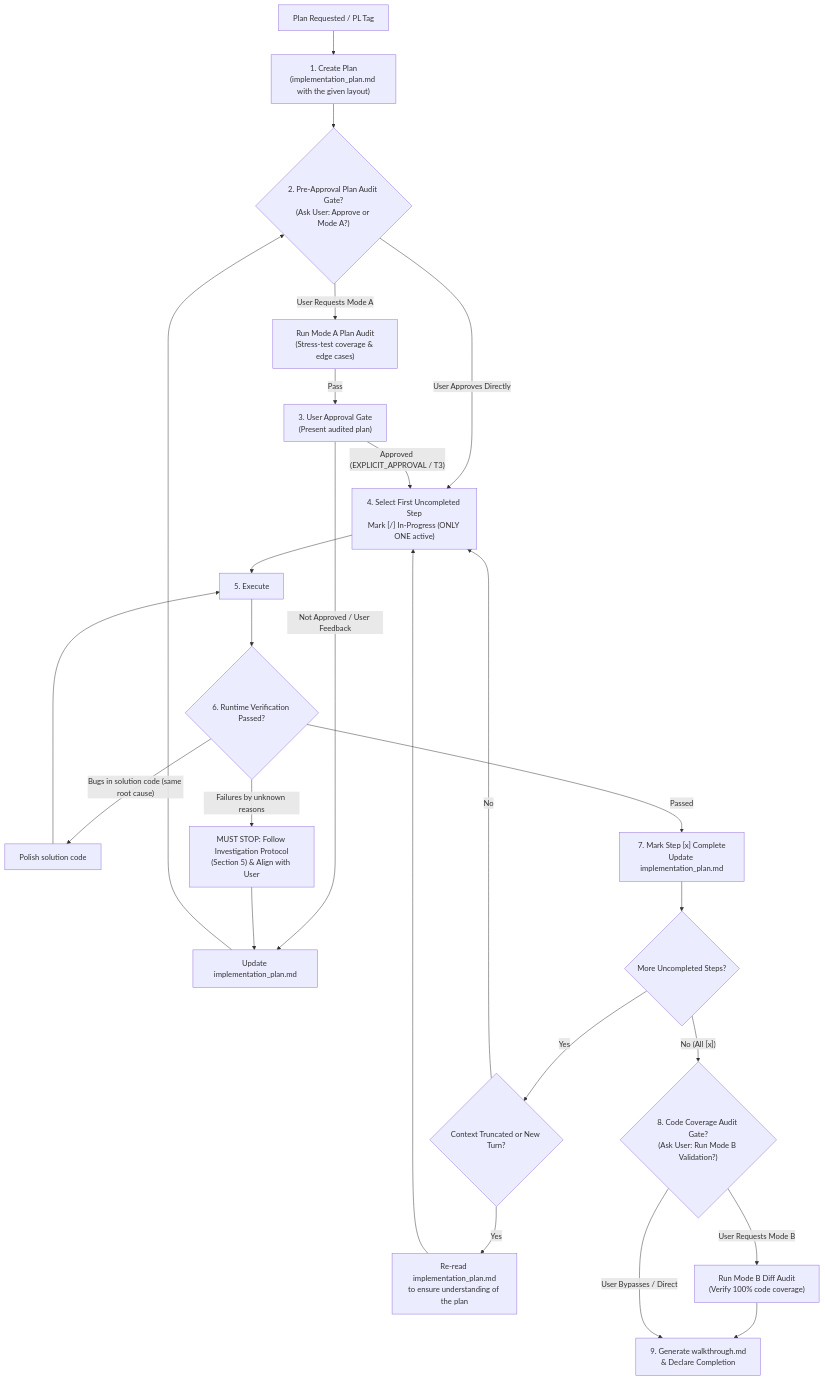
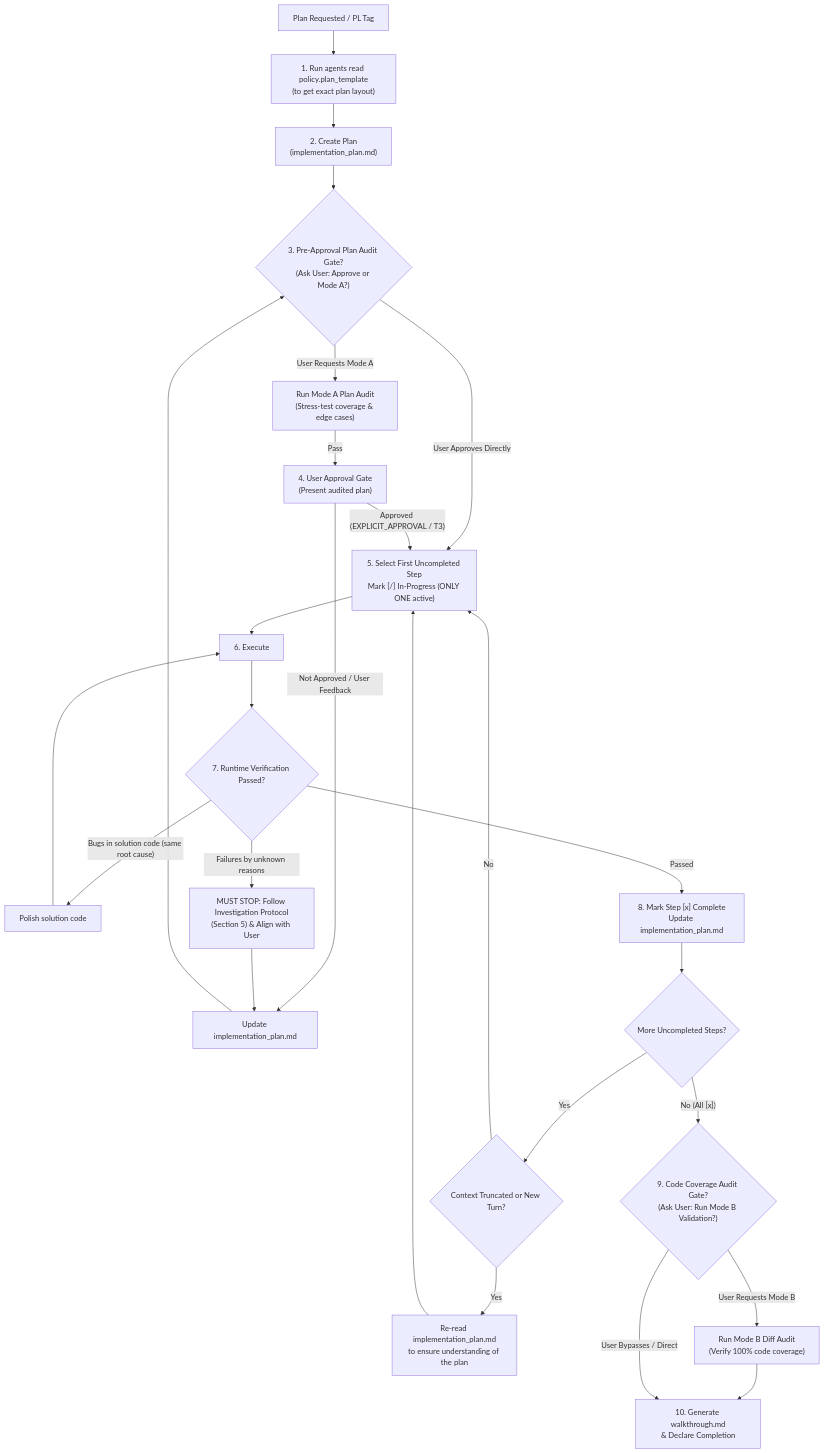
One commit to loerei/myskills changed the third of 10 diagrams in AGENTS.md. Above: the diagram before and after it, drawn with Mermaid. The commit also changed other lines of this file and 1 other file, not shown here.

Commit message:
feat(policy): add upfront failure disclosure & anti-spin directives

````diff
--- a/AGENTS.md
+++ b/AGENTS.md
@@ -80,31 +80,32 @@
 ```mermaid
 flowchart TD
-    Start["Plan Requested / PL Tag"] --> CreatePlan["1. Create Plan<br/>(implementation_plan.md with the given layout)"]
-    CreatePlan --> ModeAOption{"2. Pre-Approval Plan Audit Gate?<br/>(Ask User: Approve or Mode A?)"}
+    Start["Plan Requested / PL Tag"] --> ReadTemplate["1. Run agents read policy.plan_template<br/>(to get exact plan layout)"]
+    ReadTemplate --> CreatePlan["2. Create Plan<br/>(implementation_plan.md)"]
+    CreatePlan --> ModeAOption{"3. Pre-Approval Plan Audit Gate?<br/>(Ask User: Approve or Mode A?)"}
     
     ModeAOption -->|"User Requests Mode A"| RunModeA["Run Mode A Plan Audit<br/>(Stress-test coverage & edge cases)"]
-    RunModeA -->|"Pass"| UserGate["3. User Approval Gate<br/>(Present audited plan)"]
+    RunModeA -->|"Pass"| UserGate["4. User Approval Gate<br/>(Present audited plan)"]
     
-    ModeAOption -->|"User Approves Directly"| SelectStep["4. Select First Uncompleted Step<br/>Mark [/] In-Progress (ONLY ONE active)"]
+    ModeAOption -->|"User Approves Directly"| SelectStep["5. Select First Uncompleted Step<br/>Mark [/] In-Progress (ONLY ONE active)"]
     
     UserGate -->|"Not Approved / User Feedback"| RefinePlanDoc["Update implementation_plan.md"] --> ModeAOption
     
     UserGate -->|"Approved (EXPLICIT_APPROVAL / T3)"| SelectStep
     
-    SelectStep --> ExecuteStep["5. Execute"]
-    ExecuteStep --> VerifyStep{"6. Runtime Verification Passed?"}
+    SelectStep --> ExecuteStep["6. Execute"]
+    ExecuteStep --> VerifyStep{"7. Runtime Verification Passed?"}
     
     VerifyStep -->|"Bugs in solution code (same root cause)"| PolishCode["Polish solution code"] --> ExecuteStep
     VerifyStep -->|"Failures by unknown reasons"| MustStop["MUST STOP: Follow Investigation Protocol<br/>(Section 5) & Align with User"] --> RefinePlanDoc
     
-    VerifyStep -->|"Passed"| MarkComplete["7. Mark Step [x] Complete<br/>Update implementation_plan.md"]
+    VerifyStep -->|"Passed"| MarkComplete["8. Mark Step [x] Complete<br/>Update implementation_plan.md"]
     
     MarkComplete --> CheckRemaining{"More Uncompleted Steps?"}
     CheckRemaining -->|"Yes"| ContextCheck{"Context Truncated or New Turn?"}
     ContextCheck -->|"Yes"| ReadPlan["Re-read implementation_plan.md<br/>to ensure understanding of the plan"] --> SelectStep
     ContextCheck -->|"No"| SelectStep
     
-    CheckRemaining -->|"No (All [x])"| ModeBCheck{"8. Code Coverage Audit Gate?<br/>(Ask User: Run Mode B Validation?)"}
-    ModeBCheck -->|"User Requests Mode B"| RunModeB["Run Mode B Diff Audit<br/>(Verify 100% code coverage)"] --> FinalWalkthrough["9. Generate walkthrough.md<br/>& Declare Completion"]
+    CheckRemaining -->|"No (All [x])"| ModeBCheck{"9. Code Coverage Audit Gate?<br/>(Ask User: Run Mode B Validation?)"}
+    ModeBCheck -->|"User Requests Mode B"| RunModeB["Run Mode B Diff Audit<br/>(Verify 100% code coverage)"] --> FinalWalkthrough["10. Generate walkthrough.md<br/>& Declare Completion"]
     ModeBCheck -->|"User Bypasses / Direct"| FinalWalkthrough
 ```
````
